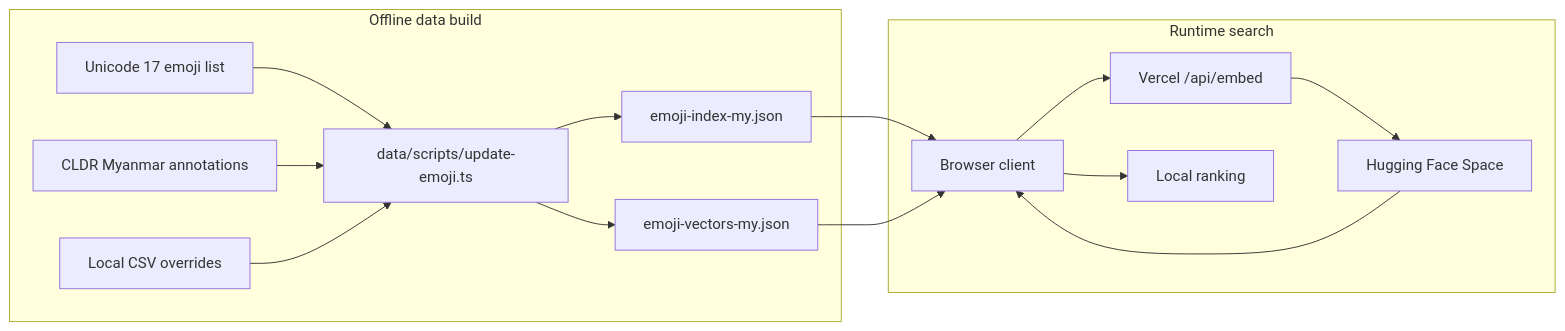
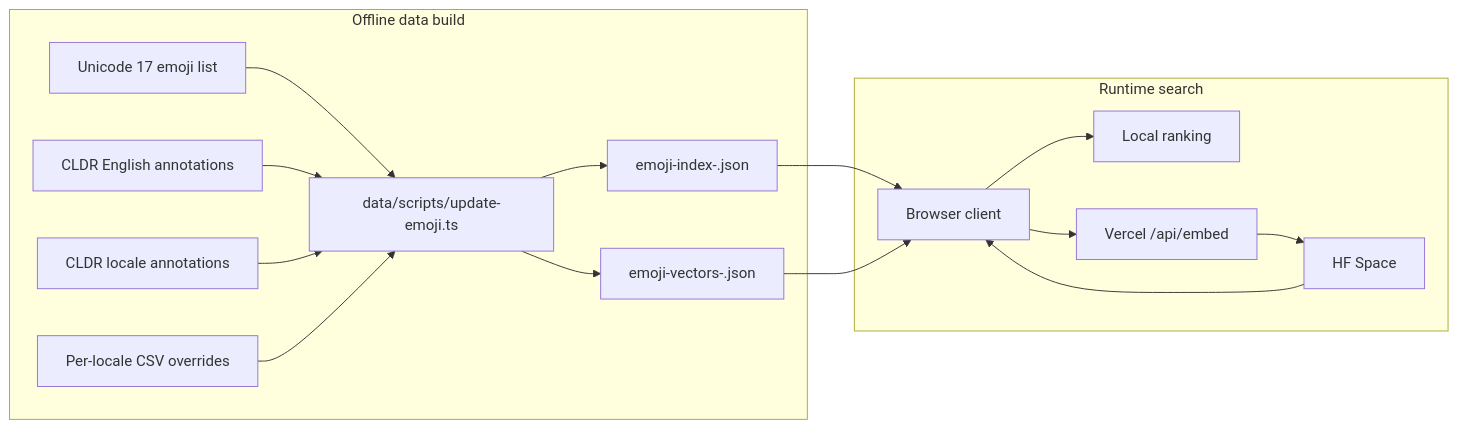
One commit to heinko/my-emoji-search changed the first of 2 diagrams in search_architecture.md. Above: the diagram before and after it, drawn with Mermaid. The commit also changed other lines of this file and 21 other files, not shown here.

````diff
--- a/search_architecture.md
+++ b/search_architecture.md
@@ -12,30 +12,32 @@
 ```mermaid
 flowchart LR
     subgraph Offline["Offline data build"]
         U["Unicode 17 emoji list"]
-        C["CLDR Myanmar annotations"]
-        O["Local CSV overrides"]
+        E["CLDR English annotations"]
+        L["CLDR locale annotations"]
+        O["Per-locale CSV overrides"]
         P["data/scripts/update-emoji.ts"]
-        I["emoji-index-my.json"]
-        V["emoji-vectors-my.json"]
+        I["emoji-index-<locale>.json"]
+        V["emoji-vectors-<locale>.json"]
         U --> P
-        C --> P
+        E --> P
+        L --> P
         O --> P
         P --> I
         P --> V
     end
 
     subgraph Runtime["Runtime search"]
         B["Browser client"]
+        R["Local ranking"]
         A["Vercel /api/embed"]
-        H["Hugging Face Space"]
-        R["Local ranking"]
+        H["HF Space"]
+        B --> R
         B --> A
         A --> H
         H --> B
-        B --> R
     end
 
     I --> B
     V --> B
 ```
````
